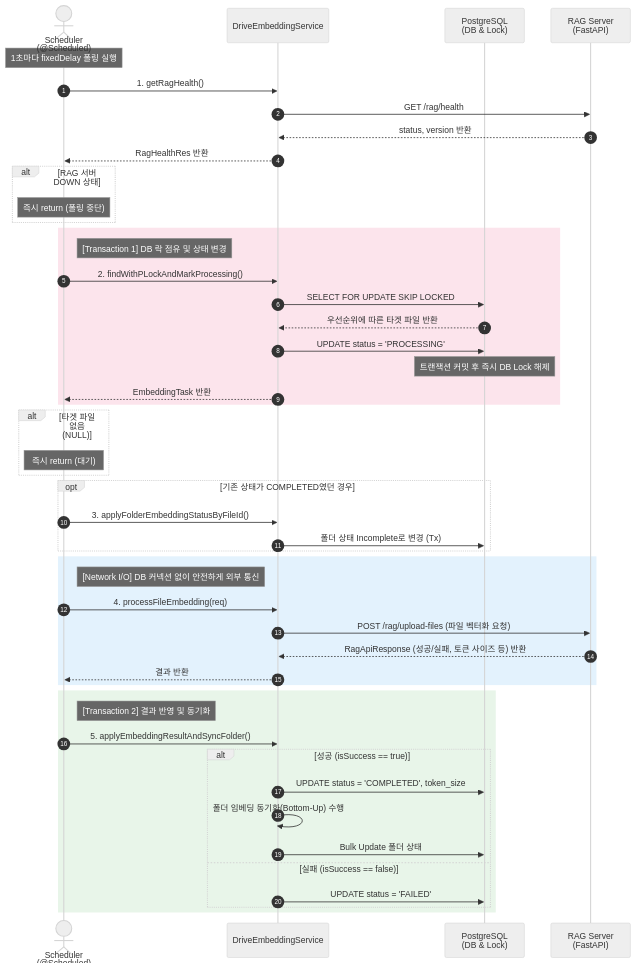
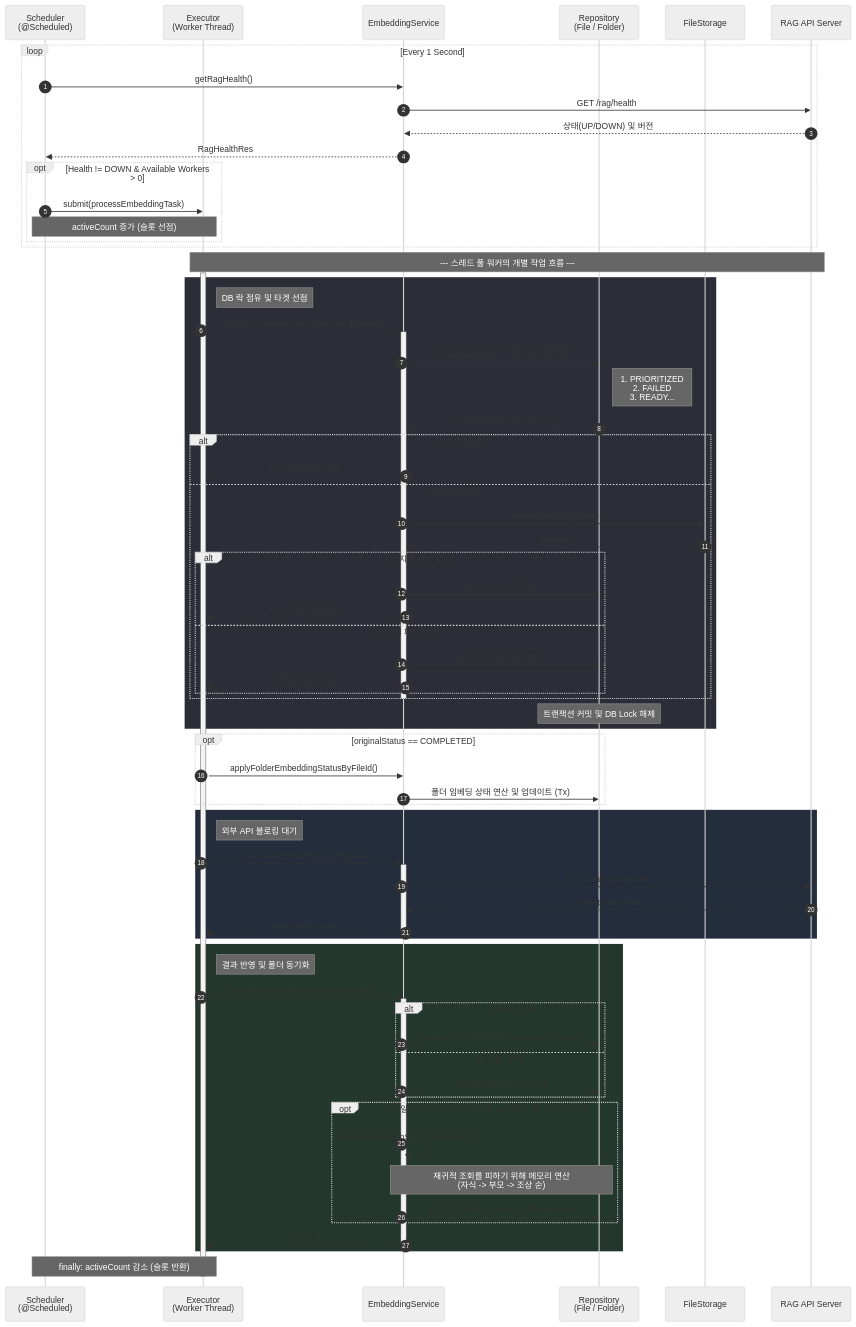
One commit to sul1074/Rebac-Drive-System changed the second of 8 diagrams in README.md. Above: the diagram before and after it, drawn with Mermaid (neutral theme). The commit also changed other lines of this file, not shown here.

Commit message:
Enhance README with detailed embedding pipeline info
Update the description of the vector embedding pipeline and improve clarity on scheduling and locking mechanisms.

````diff
--- a/README.md
+++ b/README.md
@@ -175,65 +175,98 @@
 ```mermaid
 sequenceDiagram
     autonumber
-    
-    actor Timer as Scheduler<br>(@Scheduled)
-    participant Svc as DriveEmbeddingService
-    participant DB as PostgreSQL<br>(DB & Lock)
-    participant API as RAG Server<br>(FastAPI)
 
-    Note over Timer: 1초마다 fixedDelay 폴링 실행
-    
-    %% 1. RAG 서버 헬스체크
-    Timer->>Svc: 1. getRagHealth()
-    Svc->>API: GET /rag/health
-    API-->>Svc: status, version 반환
-    Svc-->>Timer: RagHealthRes 반환
-    
-    alt RAG 서버 DOWN 상태
-        Note over Timer: 즉시 return (폴링 중단)
+    participant S as Scheduler<br/>(@Scheduled)
+    participant E as Executor<br/>(Worker Thread)
+    participant SVC as EmbeddingService
+    participant DB as Repository<br/>(File / Folder)
+    participant FS as FileStorage
+    participant API as RAG API Server
+
+    %% 1. 스케줄링 및 헬스 체크
+    loop Every 1 Second
+        S->>SVC: getRagHealth()
+        SVC->>API: GET /rag/health
+        API-->>SVC: 상태(UP/DOWN) 및 버전
+        SVC-->>S: RagHealthRes
+
+        opt Health != DOWN & Available Workers > 0
+            S->>E: submit(processEmbeddingTask)
+            Note over S, E: activeCount 증가 (슬롯 선점)
+        end
     end
 
-    %% 2. 타겟 선점 (트랜잭션 1)
-    rect rgb(252, 228, 236)
-        Note right of Timer: [Transaction 1] DB 락 점유 및 상태 변경
-        Timer->>Svc: 2. findWithPLockAndMarkProcessing()
-        Svc->>DB: SELECT FOR UPDATE SKIP LOCKED
-        DB-->>Svc: 우선순위에 따른 타겟 파일 반환
-        Svc->>DB: UPDATE status = 'PROCESSING'
-        Note over DB: 트랜잭션 커밋 후 즉시 DB Lock 해제
-        Svc-->>Timer: EmbeddingTask 반환
+    %% 2. 워커 스레드 작업 수행 (타겟 선점)
+    Note over E, API: --- 스레드 풀 워커의 개별 작업 흐름 ---
+    activate E
+    
+    %% Transaction 1
+    rect rgb(45, 45, 55)
+        Note right of E: DB 락 점유 및 타겟 선점
+        E->>SVC: findWithPLockAndMarkProcessing(version)
+        activate SVC
+        
+        SVC->>DB: findNextEmbeddingTargetWithPLock()<br/>(Pessimistic Lock + SKIP LOCKED)
+        Note right of DB: 1. PRIORITIZED<br/>2. FAILED<br/>3. READY...
+        DB-->>SVC: DriveFileEntity (우선순위 타겟)
+
+        alt 타겟 파일 없음
+            SVC-->>E: null 반환 (작업 종료)
+        else 타겟 파일 존재
+            SVC->>FS: exists(driveCode, fileId)
+            FS-->>SVC: boolean
+            
+            alt 스토리지에 파일 없음
+                SVC->>DB: update(MISSING)
+                SVC-->>E: null 반환 (작업 종료)
+            else 스토리지에 파일 있음
+                SVC->>DB: update(PROCESSING)
+                SVC-->>E: EmbeddingTask
+            end
+        end
+        deactivate SVC
+        Note over DB: 트랜잭션 커밋 및 DB Lock 해제
     end
 
-    alt 타겟 파일 없음 (NULL)
-        Note over Timer: 즉시 return (대기)
+    %% 3. 재처리 대상 폴더 상태 선제 업데이트
+    opt originalStatus == COMPLETED
+        E->>SVC: applyFolderEmbeddingStatusByFileId()
+        SVC->>DB: 폴더 임베딩 상태 연산 및 업데이트 (Tx)
     end
 
-    %% 3. 폴더 상태 사전 업데이트 (필요 시)
-    opt 기존 상태가 COMPLETED였던 경우
-        Timer->>Svc: 3. applyFolderEmbeddingStatusByFileId()
-        Svc->>DB: 폴더 상태 Incomplete로 변경 (Tx)
+    %% 4. RAG API 연동 (네트워크 I/O)
+    rect rgb(35, 45, 60)
+        Note right of E: 외부 API 블로킹 대기
+        E->>SVC: processFileEmbedding(apiRequest)
+        activate SVC
+        SVC->>API: POST /rag/upload-files
+        API-->>SVC: RagApiResponse
+        SVC-->>E: RagApiResponse
+        deactivate SVC
     end
 
-    %% 4. 외부 API 호출 (DB 락 없음)
-    rect rgb(227, 242, 253)
-        Note right of Timer: [Network I/O] DB 커넥션 없이 안전하게 외부 통신
-        Timer->>Svc: 4. processFileEmbedding(req)
-        Svc->>API: POST /rag/upload-files (파일 벡터화 요청)
-        API-->>Svc: RagApiResponse (성공/실패, 토큰 사이즈 등) 반환
-        Svc-->>Timer: 결과 반환
+    %% 5. 결과 반영 및 폴더 동기화
+    rect rgb(35, 55, 45)
+        Note right of E: 결과 반영 및 폴더 동기화
+        E->>SVC: applyEmbeddingResultAndSyncFolder()
+        activate SVC
+        
+        alt 임베딩 성공
+            SVC->>DB: update(COMPLETED, tokenSize, version)
+        else 임베딩 실패
+            SVC->>DB: update(FAILED, version)
+        end
+
+        opt 파일 상태 == COMPLETED & 삭제 안 됨 & 폴더 존재
+            SVC->>SVC: updateFolderEmbStatusByFolderId()
+            Note over SVC, DB: 재귀적 조회를 피하기 위해 메모리 연산<br/>(자식 -> 부모 -> 조상 순)
+            SVC->>DB: 폴더 상태 Bulk Update (isAllEmbedded)
+        end
+        
+        SVC-->>E: 처리 완료
+        deactivate SVC
     end
 
-    %% 5. 결과 반영 및 폴더 동기화 (트랜잭션 2)
-    rect rgb(232, 245, 233)
-        Note right of Timer: [Transaction 2] 결과 반영 및 동기화
-        Timer->>Svc: 5. applyEmbeddingResultAndSyncFolder()
-        
-        alt 성공 (isSuccess == true)
-            Svc->>DB: UPDATE status = 'COMPLETED', token_size
-            Svc->>Svc: 폴더 임베딩 동기화(Bottom-Up) 수행
-            Svc->>DB: Bulk Update 폴더 상태
-        else 실패 (isSuccess == false)
-            Svc->>DB: UPDATE status = 'FAILED'
-        end
-    end
+    Note over S, E: finally: activeCount 감소 (슬롯 반환)
+    deactivate E
 ```
````
